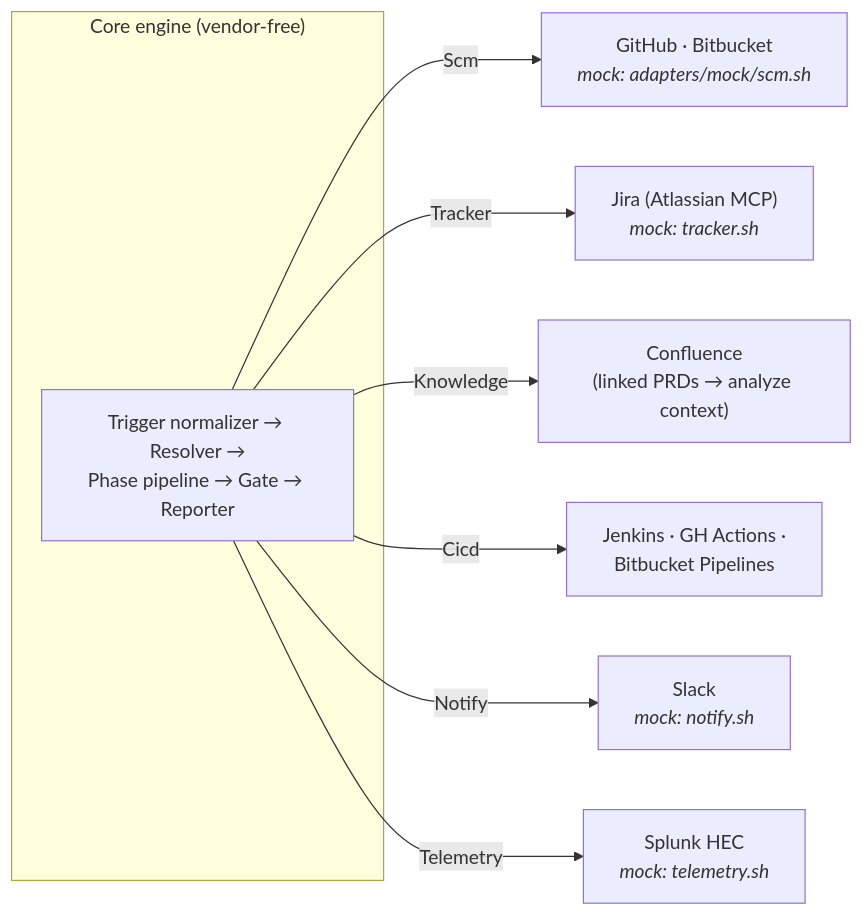
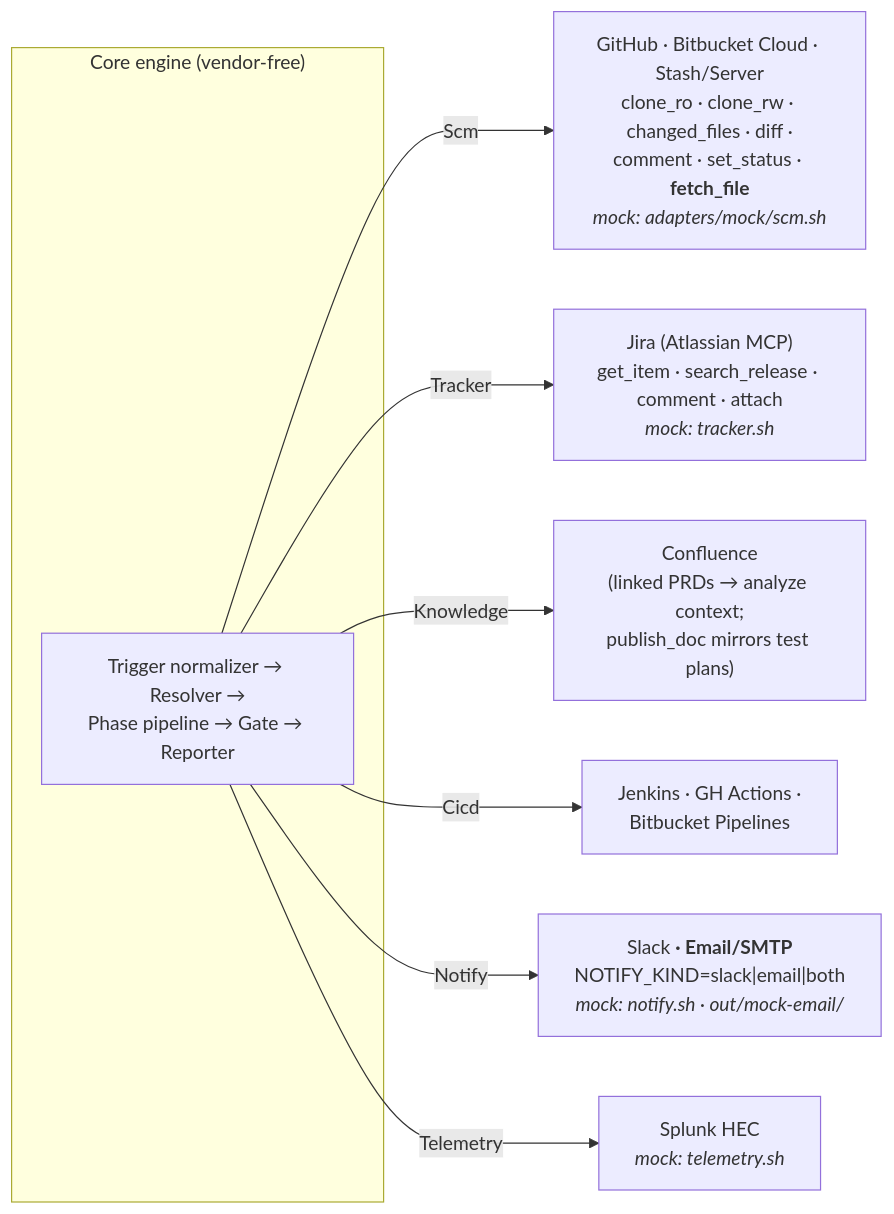
The second of 15 diagrams in docs/diagrams.md (anandtopu/auto-tests-gen), drawn with Mermaid before and after one commit. The commit also changed other lines of this file and 3 other files, not shown here.

First line of the commit message:
docs: bring architecture, diagrams and guides up to date with recent work

````diff
--- a/docs/diagrams.md
+++ b/docs/diagrams.md
@@ -57,13 +58,13 @@
 ```mermaid
 flowchart LR
     subgraph ENGINE["Core engine (vendor-free)"]
         P["Trigger normalizer → Resolver →<br/>Phase pipeline → Gate → Reporter"]
     end
 
-    P -- Scm --> SCM["GitHub · Bitbucket<br/><i>mock: adapters/mock/scm.sh</i>"]
-    P -- Tracker --> TR["Jira (Atlassian MCP)<br/><i>mock: tracker.sh</i>"]
-    P -- Knowledge --> KN["Confluence<br/>(linked PRDs → analyze context)"]
+    P -- Scm --> SCM["GitHub · Bitbucket Cloud · Stash/Server<br/>clone_ro · clone_rw · changed_files · diff ·<br/>comment · set_status · <b>fetch_file</b><br/><i>mock: adapters/mock/scm.sh</i>"]
+    P -- Tracker --> TR["Jira (Atlassian MCP)<br/>get_item · search_release · comment · attach<br/><i>mock: tracker.sh</i>"]
+    P -- Knowledge --> KN["Confluence<br/>(linked PRDs → analyze context;<br/>publish_doc mirrors test plans)"]
     P -- Cicd --> CI["Jenkins · GH Actions ·<br/>Bitbucket Pipelines"]
-    P -- Notify --> NO["Slack<br/><i>mock: notify.sh</i>"]
+    P -- Notify --> NO["Slack <b>· Email/SMTP</b><br/>NOTIFY_KIND=slack|email|both<br/><i>mock: notify.sh · out/mock-email/</i>"]
     P -- Telemetry --> TE["Splunk HEC<br/><i>mock: telemetry.sh</i>"]
 ```
````
